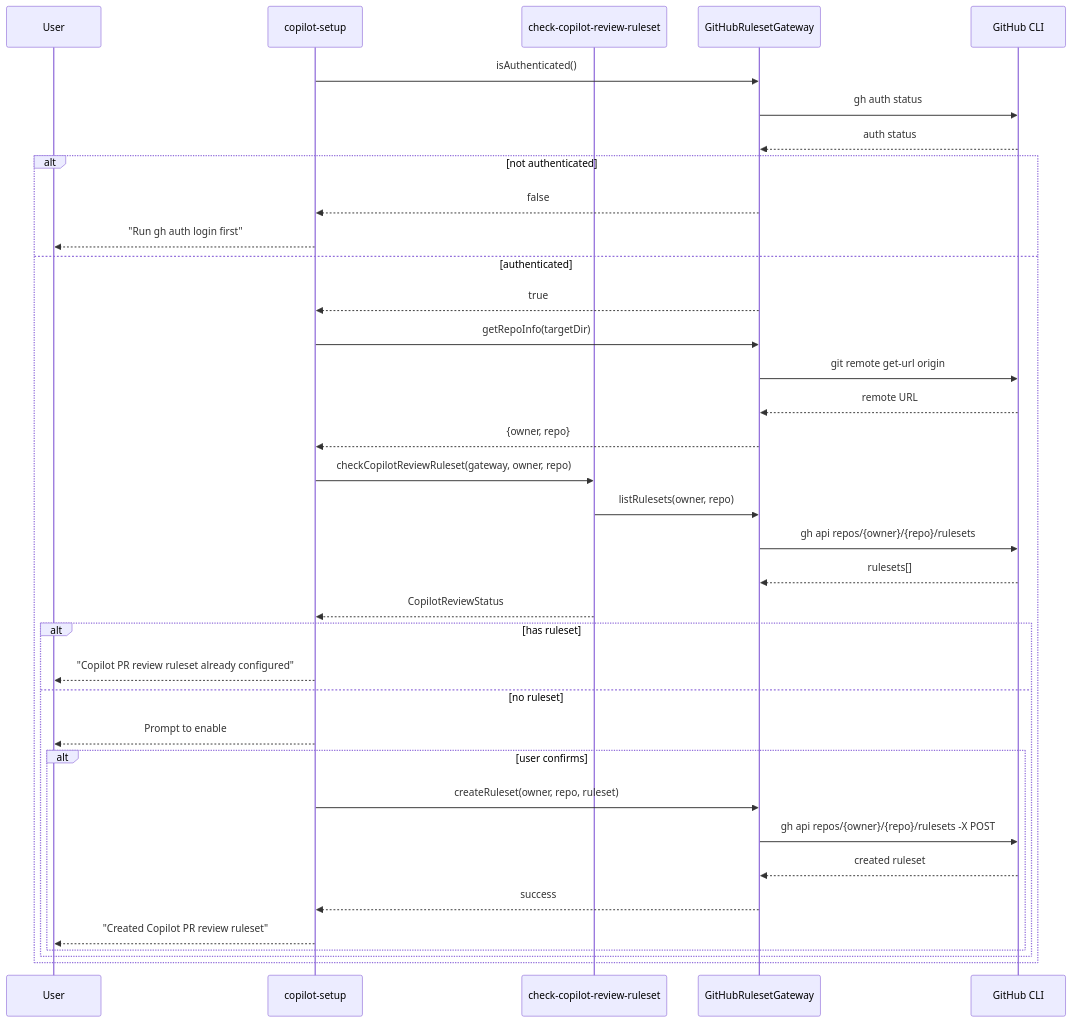
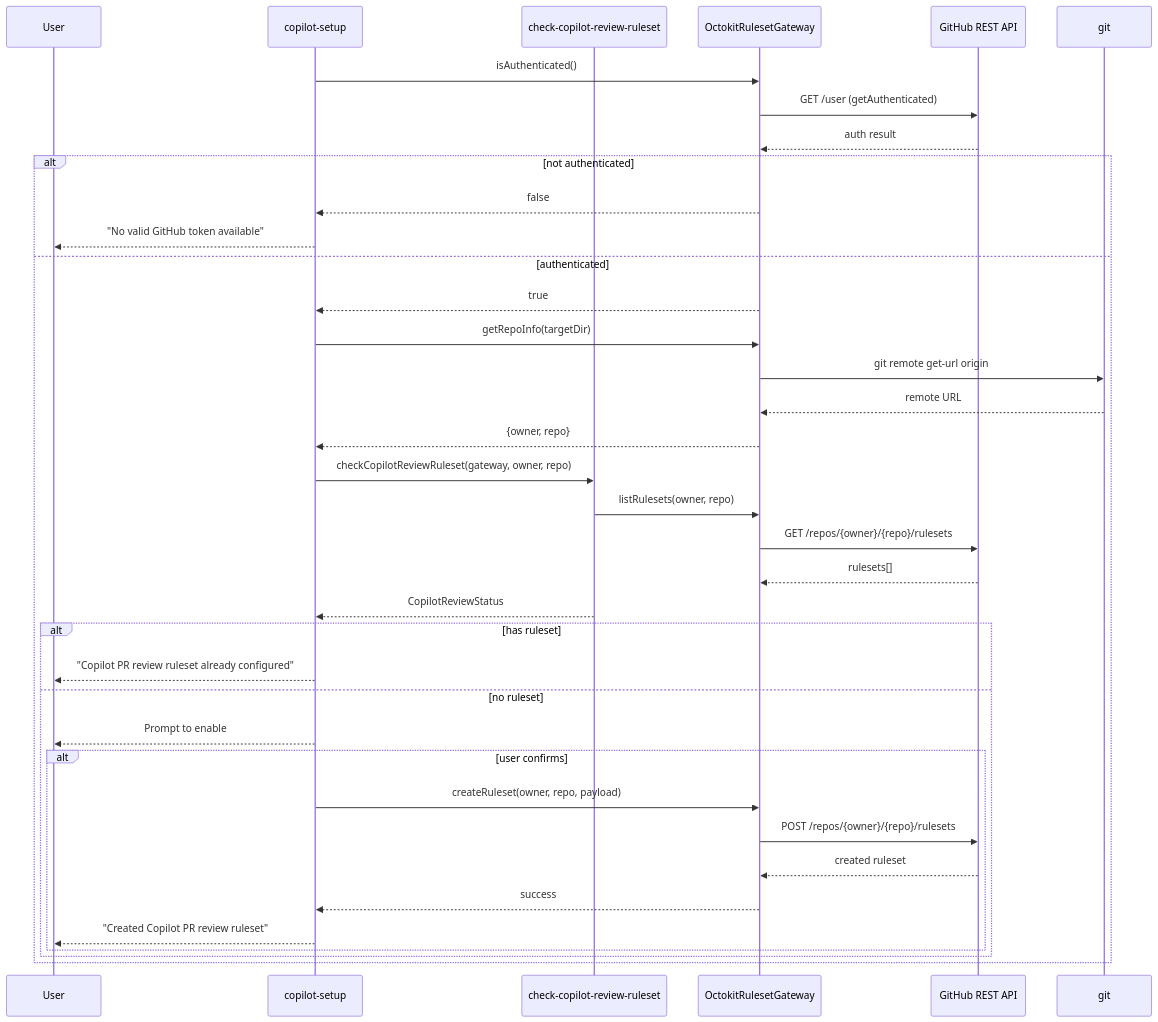
One commit to zpratt/lousy-agents changed the second of 2 diagrams in .github/specs/copilot-pr-review-rulesets.spec.md. Above: the diagram before and after it, drawn with Mermaid. The commit also changed other lines of this file and 4 other files, not shown here.

Commit message:
Address PR review: tighten gateway type guard, fix auth warning, add HTTP status in errors, update spec diagrams

````diff
--- a/.github/specs/copilot-pr-review-rulesets.spec.md
+++ b/.github/specs/copilot-pr-review-rulesets.spec.md
@@ -141,39 +143,40 @@
 ```mermaid
 sequenceDiagram
     participant User
     participant Command as copilot-setup
     participant UseCase as check-copilot-review-ruleset
-    participant Gateway as GitHubRulesetGateway
-    participant GH as GitHub CLI
+    participant Gateway as OctokitRulesetGateway
+    participant Octokit as GitHub REST API
+    participant Git as git
 
     Command->>Gateway: isAuthenticated()
-    Gateway->>GH: gh auth status
-    GH-->>Gateway: auth status
+    Gateway->>Octokit: GET /user (getAuthenticated)
+    Octokit-->>Gateway: auth result
     alt not authenticated
         Gateway-->>Command: false
-        Command-->>User: "Run gh auth login first"
+        Command-->>User: "No valid GitHub token available"
     else authenticated
         Gateway-->>Command: true
         Command->>Gateway: getRepoInfo(targetDir)
-        Gateway->>GH: git remote get-url origin
-        GH-->>Gateway: remote URL
+        Gateway->>Git: git remote get-url origin
+        Git-->>Gateway: remote URL
         Gateway-->>Command: {owner, repo}
         Command->>UseCase: checkCopilotReviewRuleset(gateway, owner, repo)
         UseCase->>Gateway: listRulesets(owner, repo)
-        Gateway->>GH: gh api repos/{owner}/{repo}/rulesets
-        GH-->>Gateway: rulesets[]
+        Gateway->>Octokit: GET /repos/{owner}/{repo}/rulesets
+        Octokit-->>Gateway: rulesets[]
         UseCase-->>Command: CopilotReviewStatus
         alt has ruleset
             Command-->>User: "Copilot PR review ruleset already configured"
         else no ruleset
             Command-->>User: Prompt to enable
             alt user confirms
-                Command->>Gateway: createRuleset(owner, repo, ruleset)
-                Gateway->>GH: gh api repos/{owner}/{repo}/rulesets -X POST
-                GH-->>Gateway: created ruleset
+                Command->>Gateway: createRuleset(owner, repo, payload)
+                Gateway->>Octokit: POST /repos/{owner}/{repo}/rulesets
+                Octokit-->>Gateway: created ruleset
                 Gateway-->>Command: success
                 Command-->>User: "Created Copilot PR review ruleset"
             end
         end
     end
 ```
````
